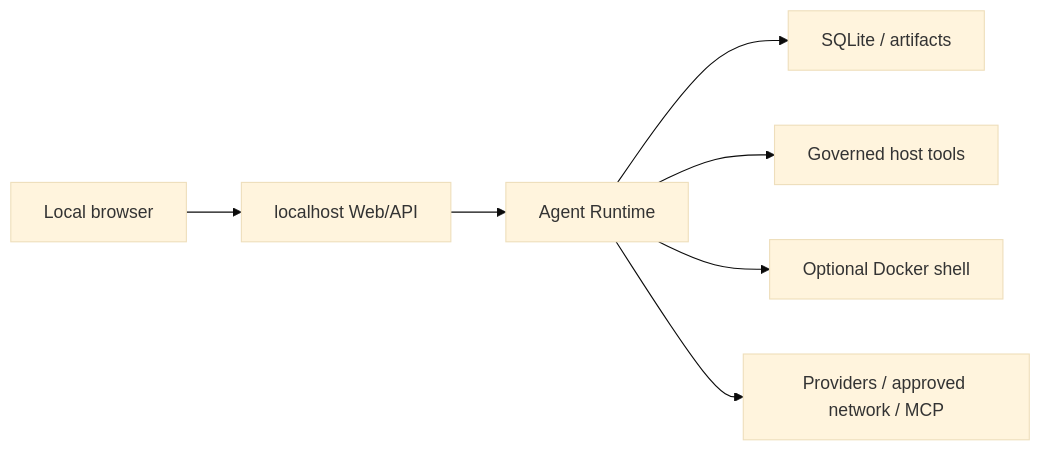
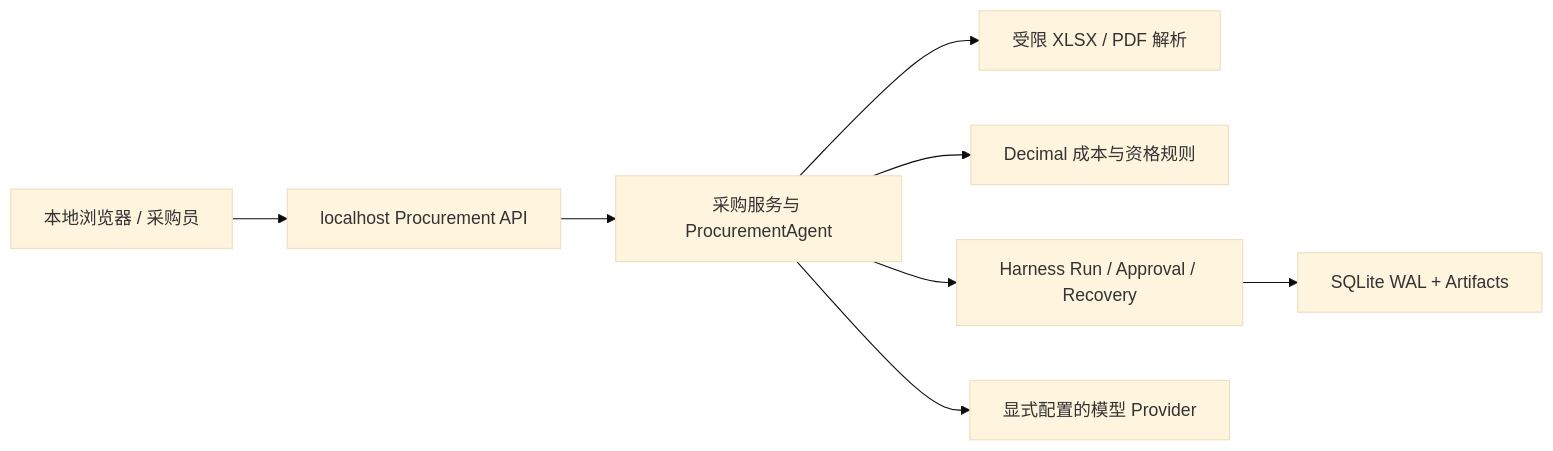
One commit to zxl666ab-sketch/agentharness changed the diagram in docs/threat-model.md. Above: the diagram before and after it, drawn with Mermaid (base theme). The commit also changed other lines of this file and 91 other files, not shown here.

````diff
--- a/docs/threat-model.md
+++ b/docs/threat-model.md
@@ -17,9 +19,10 @@
 ```mermaid
 flowchart LR
-    U["Local browser"] --> API["localhost Web/API"]
-    API --> R["Agent Runtime"]
-    R --> DB["SQLite / artifacts"]
-    R --> HOST["Governed host tools"]
-    R --> D["Optional Docker shell"]
-    R --> EXT["Providers / approved network / MCP"]
+    U["本地浏览器 / 采购员"] --> API["localhost Procurement API"]
+    API --> P["采购服务与 ProcurementAgent"]
+    P --> PARSE["受限 XLSX / PDF 解析"]
+    P --> RULES["Decimal 成本与资格规则"]
+    P --> H["Harness Run / Approval / Recovery"]
+    H --> DB["SQLite WAL + Artifacts"]
+    P --> EXT["显式配置的模型 Provider"]
 ```
````
